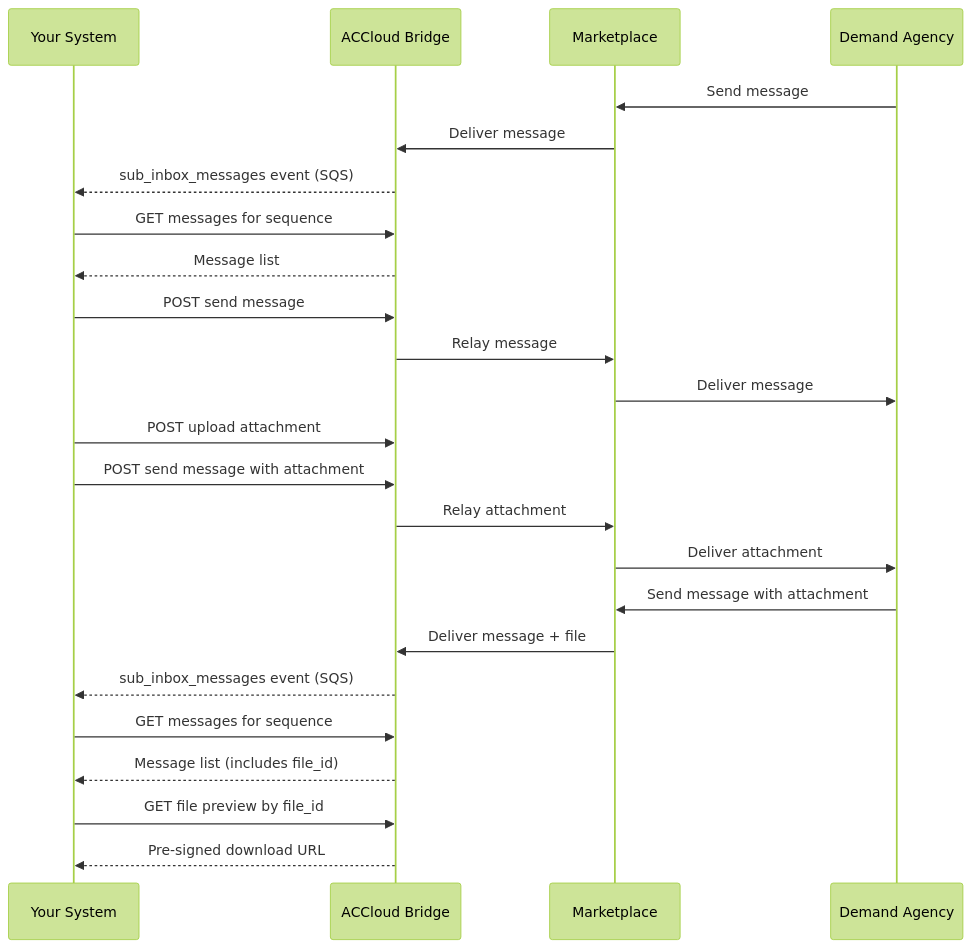
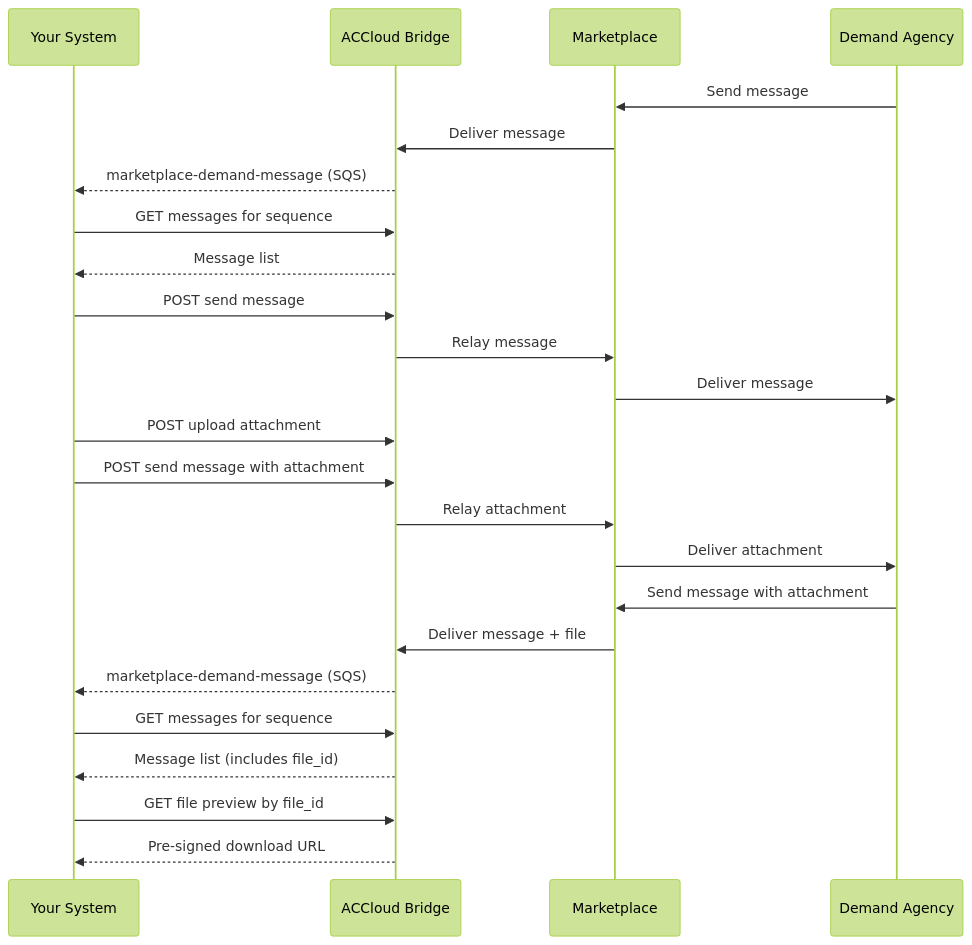
Before and after one commit to AlayaCare/alayamarket-third-party-integration: the diagram in docs/workflows/messages.md, drawn with Mermaid (forest theme). The commit also changed other lines of this file and 4 other files, not shown here.

First line of the commit message:
docs: align SQS subscriptions with ACC marketplace event types

````diff
--- a/docs/workflows/messages.md
+++ b/docs/workflows/messages.md
@@ -223,30 +224,30 @@
 ```mermaid
 sequenceDiagram
     participant 3P as Your System
     participant AC as ACCloud Bridge
     participant MP as Marketplace
     participant DA as Demand Agency
 
     DA->>MP: Send message
     MP->>AC: Deliver message
-    AC-->>3P: sub_inbox_messages event (SQS)
+    AC-->>3P: marketplace-demand-message (SQS)
     3P->>AC: GET messages for sequence
     AC-->>3P: Message list
 
     3P->>AC: POST send message
     AC->>MP: Relay message
     MP->>DA: Deliver message
 
     3P->>AC: POST upload attachment
     3P->>AC: POST send message with attachment
     AC->>MP: Relay attachment
     MP->>DA: Deliver attachment
 
     DA->>MP: Send message with attachment
     MP->>AC: Deliver message + file
-    AC-->>3P: sub_inbox_messages event (SQS)
+    AC-->>3P: marketplace-demand-message (SQS)
     3P->>AC: GET messages for sequence
     AC-->>3P: Message list (includes file_id)
     3P->>AC: GET file preview by file_id
     AC-->>3P: Pre-signed download URL
 ```
````
